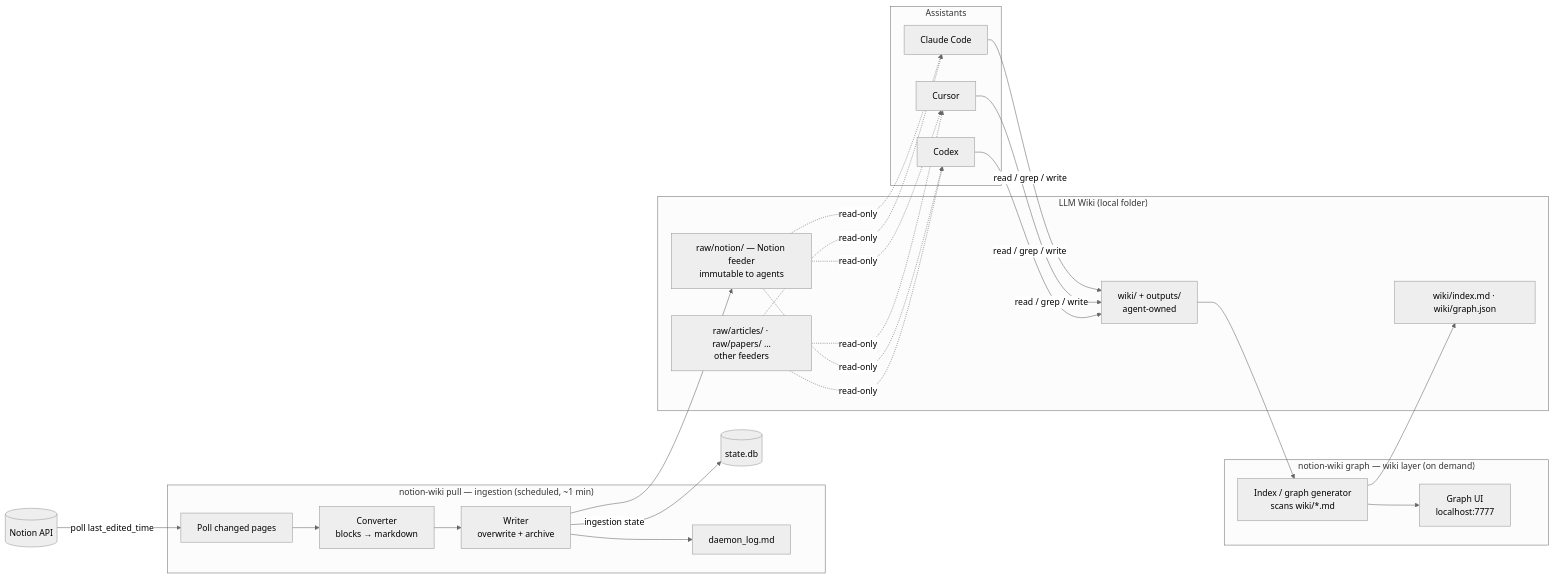
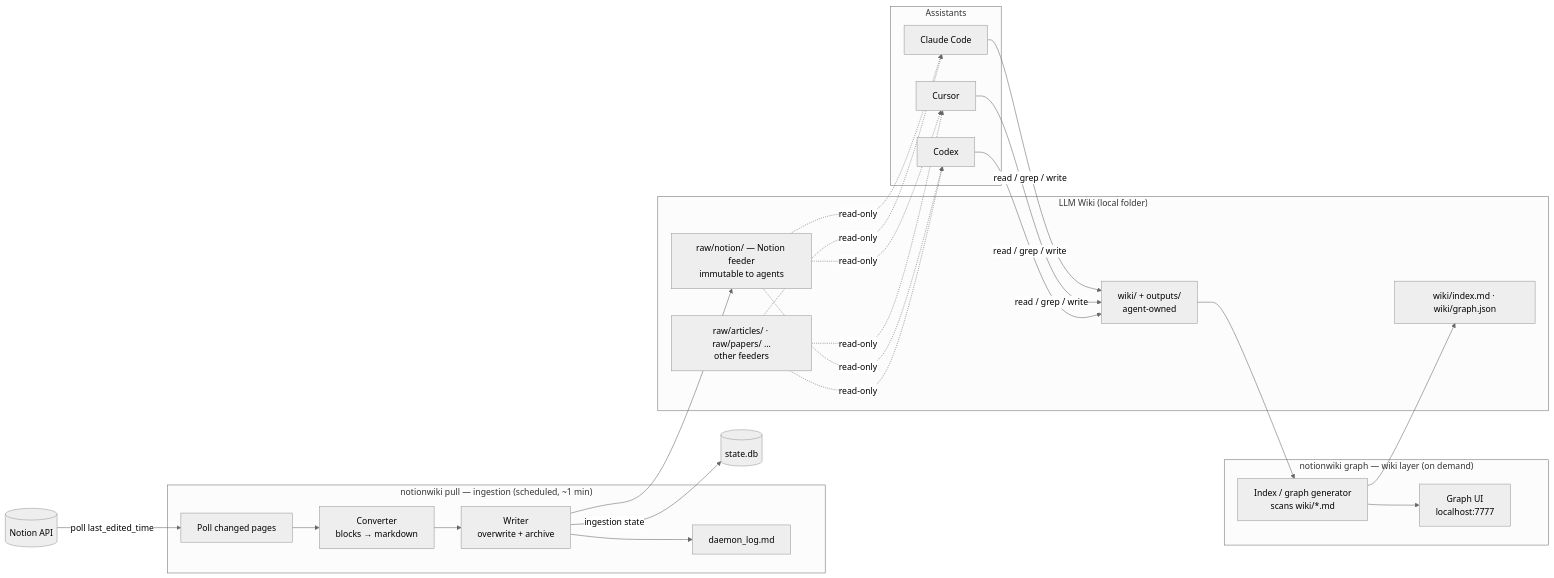
One commit to HemachandranD/notionwiki changed the diagram in docs/design.md. Above: the diagram before and after it, drawn with Mermaid (neutral theme). The commit also changed other lines of this file and 26 other files, not shown here.

````diff
--- a/docs/design.md
+++ b/docs/design.md
@@ -38,38 +38,38 @@
 ```mermaid
 flowchart LR
     NOTION[(Notion API)]
 
-    subgraph Ingest["notion-wiki pull — ingestion (scheduled, ~1 min)"]
+    subgraph Ingest["notionwiki pull — ingestion (scheduled, ~1 min)"]
         POLL[Poll changed pages]
         CONV[Converter<br/>blocks → markdown]
         WRITE[Writer<br/>overwrite + archive]
         LOG[daemon_log.md]
     end
 
     subgraph Wiki["LLM Wiki (local folder)"]
         SRC[raw/notion/ — Notion feeder<br/>immutable to agents]
         RAWX[raw/articles/ · raw/papers/ …<br/>other feeders]
         WK[wiki/ + outputs/<br/>agent-owned]
         IDX[wiki/index.md · wiki/graph.json]
     end
 
-    subgraph WikiTooling["notion-wiki graph — wiki layer (on demand)"]
+    subgraph WikiTooling["notionwiki graph — wiki layer (on demand)"]
         GEN[Index / graph generator<br/>scans wiki/*.md]
         API[Graph UI<br/>localhost:7777]
     end
 
     subgraph Assistants
         CC[Claude Code]
         CU[Cursor]
         CX[Codex]
     end
 
     NOTION -->|poll last_edited_time| POLL
     POLL --> CONV --> WRITE --> SRC
     WRITE --> LOG
     WRITE -->|ingestion state| DBSTATE[(state.db)]
     SRC & RAWX -.read-only.-> CC & CU & CX
     CC & CU & CX -->|read / grep / write| WK
     WK --> GEN --> IDX
     GEN --> API
 ```
````
